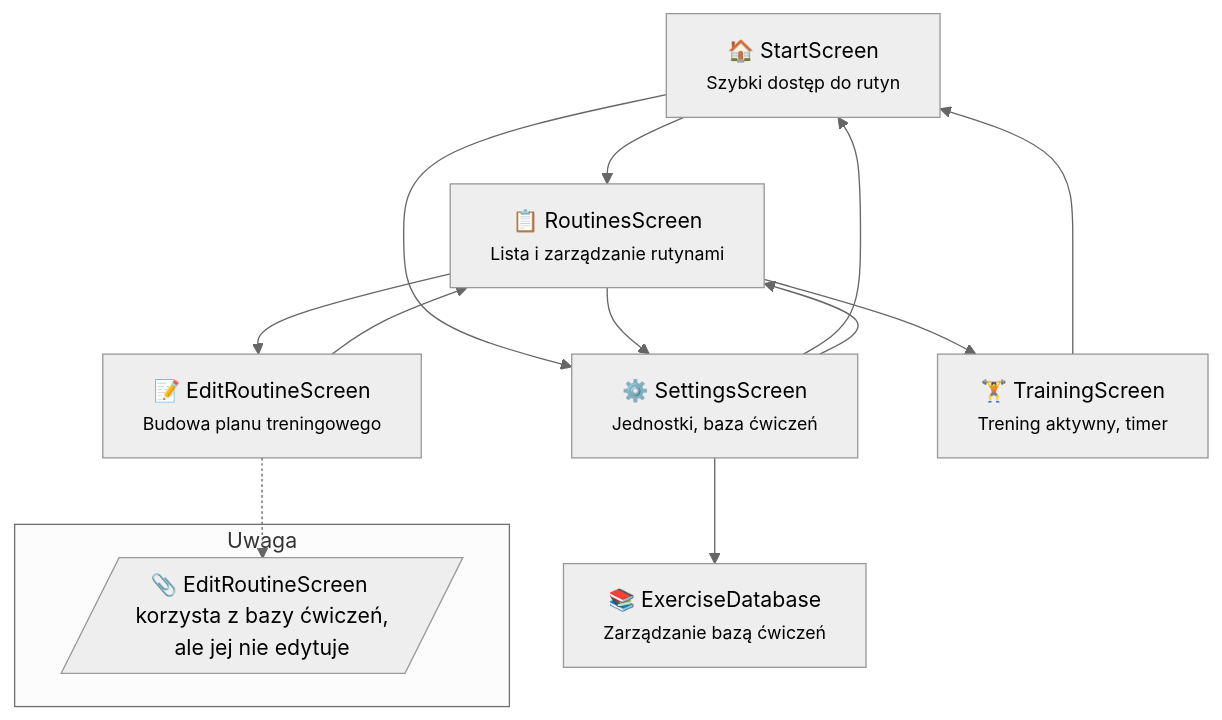
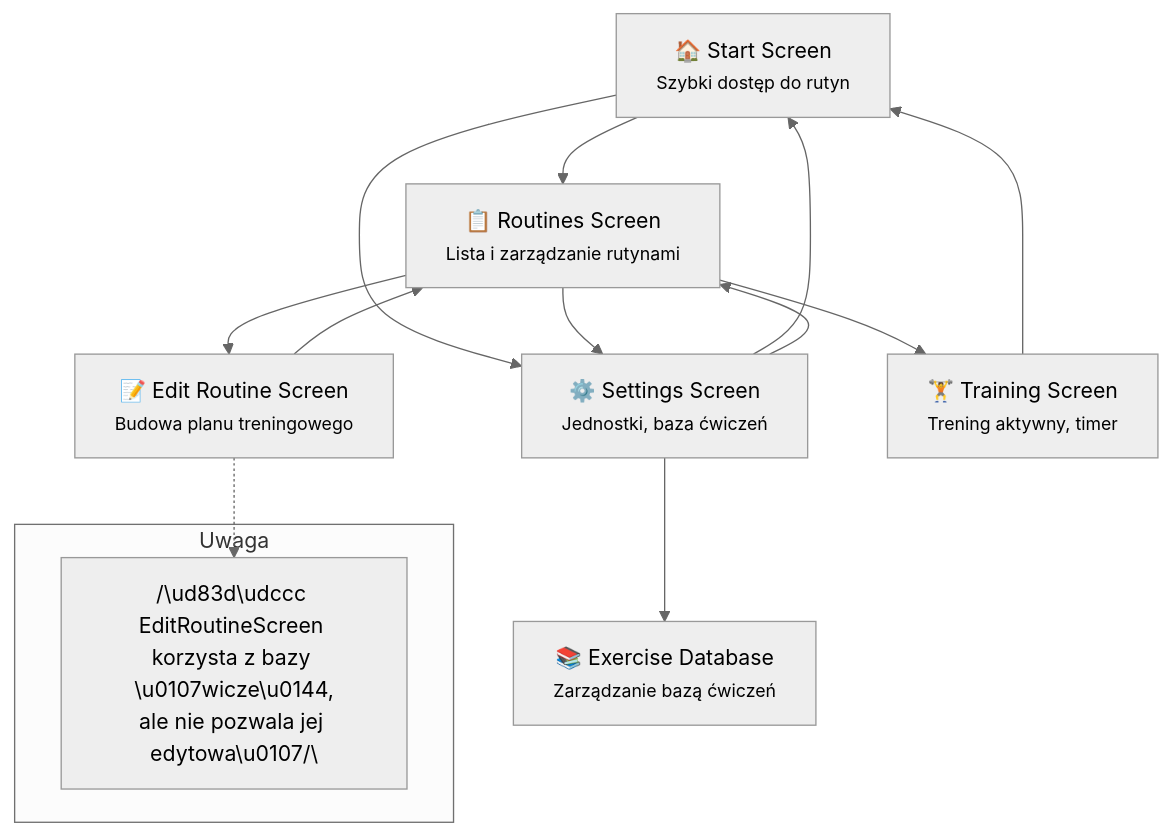
One commit to Ramigiusz/GymApp changed the diagram in README.md. Above: the diagram before and after it, drawn with Mermaid (neutral theme). The commit also changed other lines of this file, not shown here.

````diff
--- a/README.md
+++ b/README.md
@@ -12,31 +72,31 @@
 ```mermaid
 flowchart TD
     %% Ekrany główne
-    Start["🏠 StartScreen<br/><small>Szybki dostęp do rutyn</small>"]
-    Settings["⚙️ SettingsScreen<br/><small>Jednostki, baza ćwiczeń</small>"]
-    Routines["📋 RoutinesScreen<br/><small>Lista i zarządzanie rutynami</small>"]
-    EditRoutine["📝 EditRoutineScreen<br/><small>Budowa planu treningowego</small>"]
-    Training["🏋️ TrainingScreen<br/><small>Trening aktywny, timer</small>"]
-    ExerciseDB["📚 ExerciseDatabase<br/><small>Zarządzanie bazą ćwiczeń</small>"]
+    Start["🏠 Start Screen<br/><small>Szybki dostęp do rutyn</small>"]
+    Settings["⚙️ Settings Screen<br/><small>Jednostki, baza ćwiczeń</small>"]
+    Routines["📋 Routines Screen<br/><small>Lista i zarządzanie rutynami</small>"]
+    EditRoutine["📝 Edit Routine Screen<br/><small>Budowa planu treningowego</small>"]
+    Training["🏋️ Training Screen<br/><small>Trening aktywny, timer</small>"]
+    ExerciseDB["📚 Exercise Database<br/><small>Zarządzanie bazą ćwiczeń</small>"]
 
     %% Nawigacja główna
     Start --> Routines
     Start --> Settings
 
     Settings --> ExerciseDB
     Settings --> Start
     Settings --> Routines
 
     Routines --> EditRoutine
     Routines --> Training
     Routines --> Settings
 
     EditRoutine --> Routines
     Training --> Start
 
     %% Przypis do EditRoutine
     subgraph Uwaga
-        Note1[/"📎 EditRoutineScreen korzysta z bazy ćwiczeń,<br/>ale jej nie edytuje"/]
+        Note1["/\ud83d\udccc EditRoutineScreen korzysta z bazy \u0107wicze\u0144,<br/>ale nie pozwala jej edytowa\u0107/\"]
     end
     EditRoutine -.-> Note1
 ```
````
